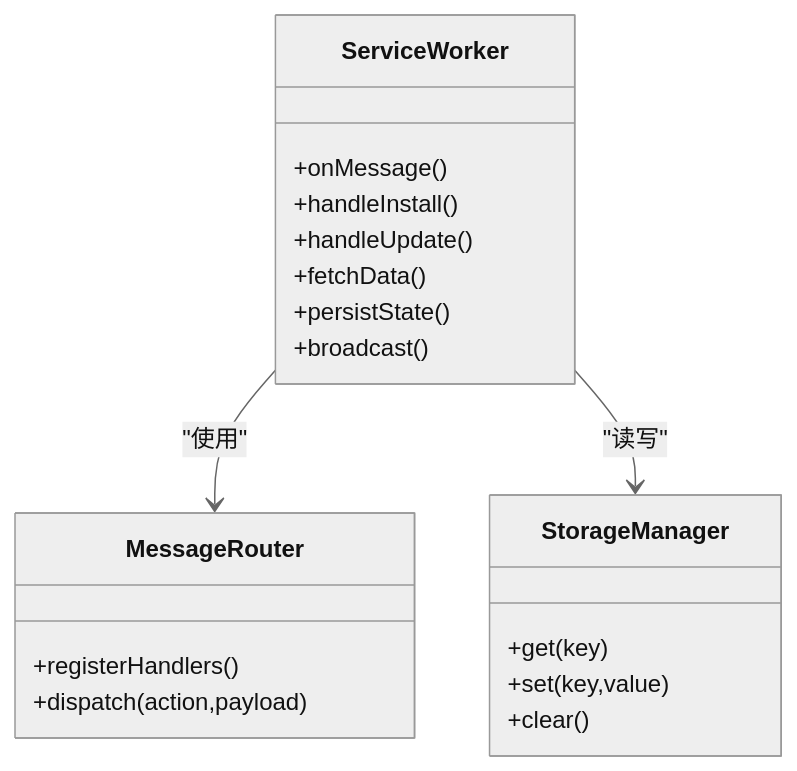
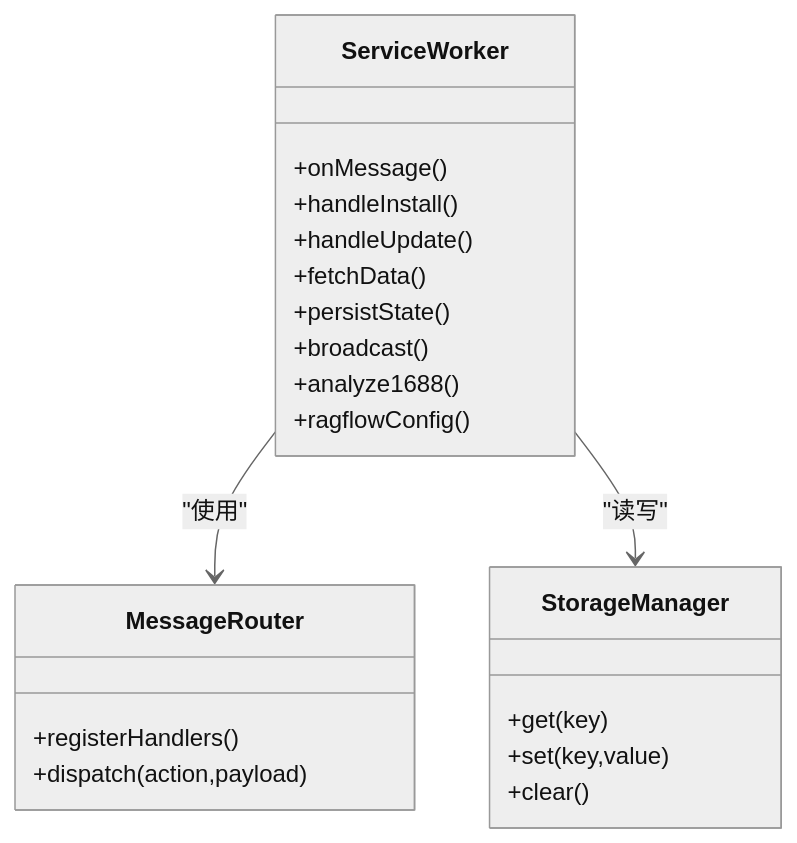
The fifth of 6 diagrams in .qoder/repowiki/zh/content/浏览器扩展/浏览器扩展.md (iljahofbauer219-lang/yandu), drawn with Mermaid (neutral theme) before and after one commit. The commit also changed other lines of this file and 3071 other files, not shown here.

````diff
--- a/.qoder/repowiki/zh/content/浏览器扩展/浏览器扩展.md
+++ b/.qoder/repowiki/zh/content/浏览器扩展/浏览器扩展.md
@@ -182,22 +206,24 @@
 ```mermaid
 classDiagram
 class ServiceWorker {
 +onMessage()
 +handleInstall()
 +handleUpdate()
 +fetchData()
 +persistState()
 +broadcast()
++analyze1688()
++ragflowConfig()
 }
 class MessageRouter {
 +registerHandlers()
 +dispatch(action,payload)
 }
 class StorageManager {
 +get(key)
 +set(key,value)
 +clear()
 }
 ServiceWorker --> MessageRouter : "使用"
 ServiceWorker --> StorageManager : "读写"
 ```
````
